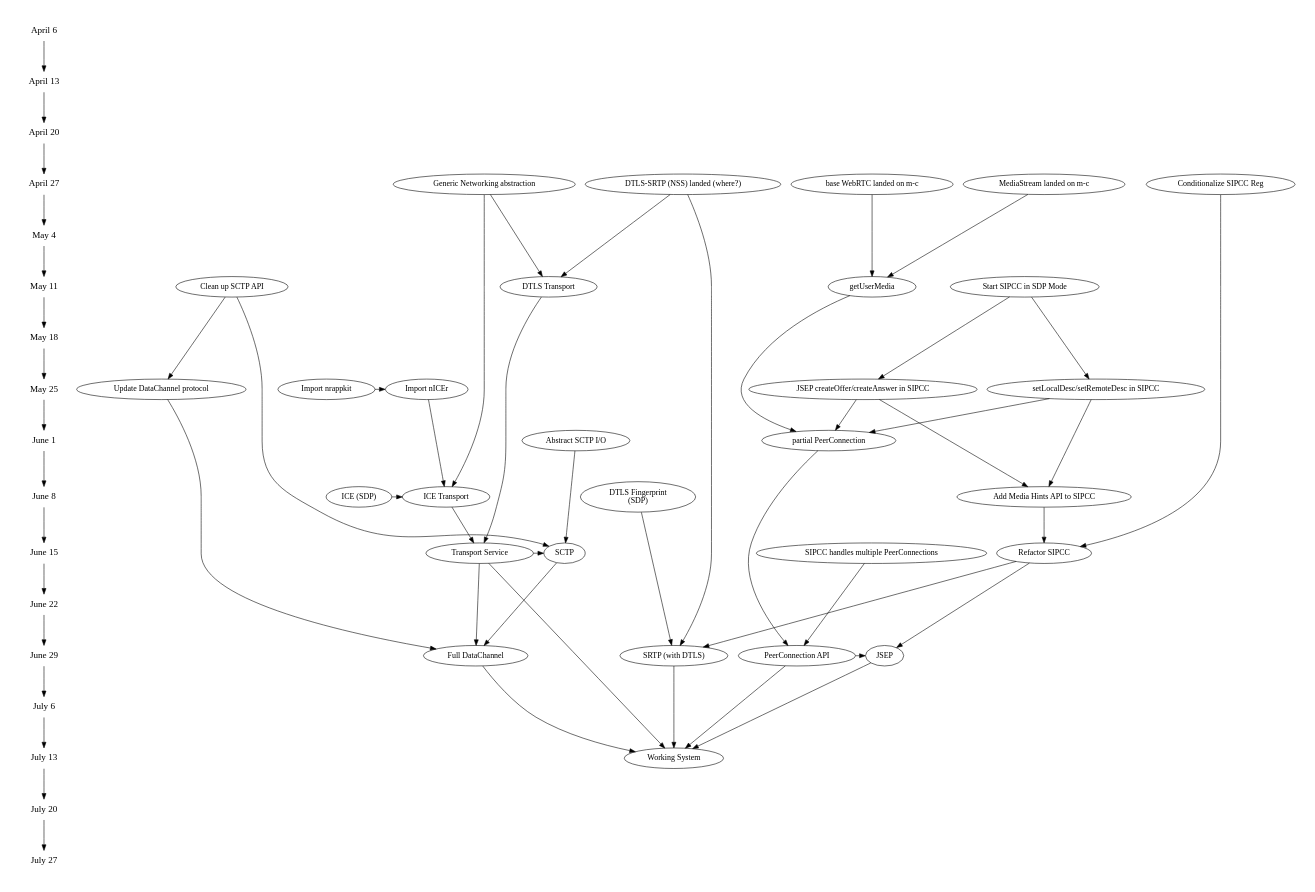
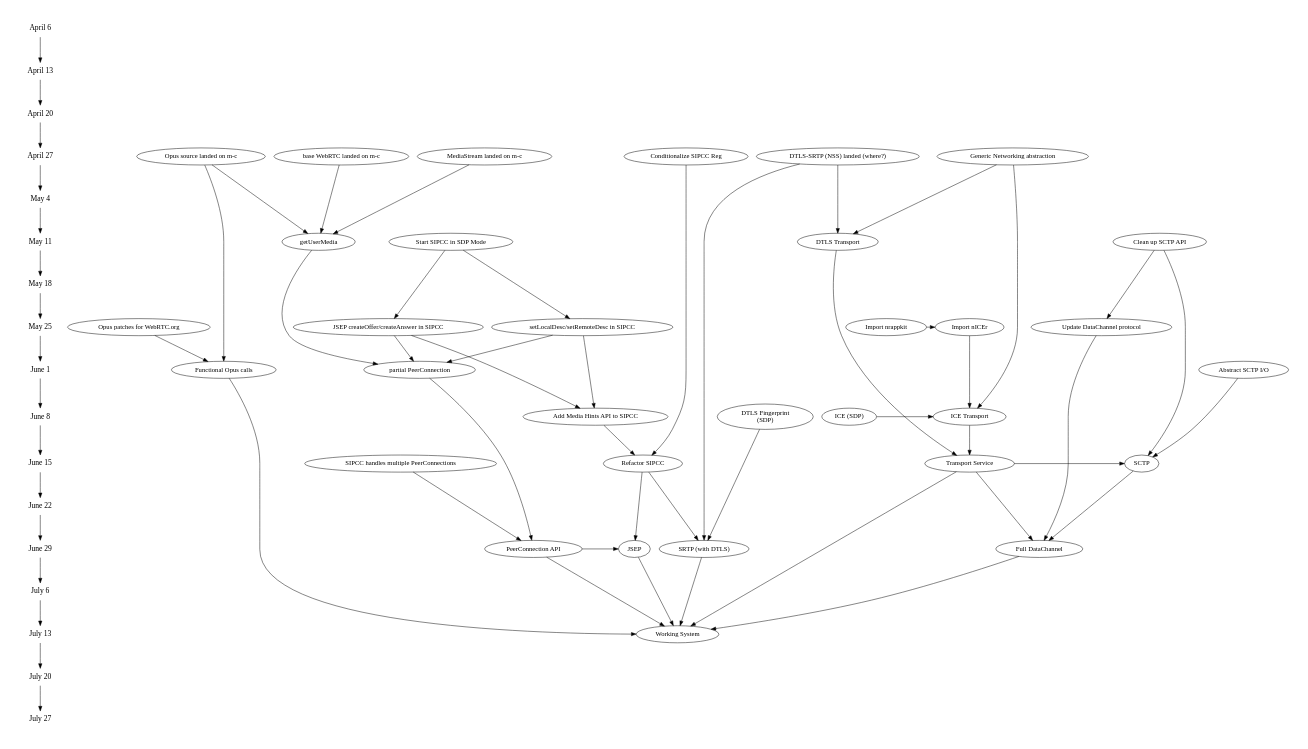
The diagram in planning/webrtc.dot (mozilla/webrtc), drawn with Graphviz before and after one commit. The commit also changed 1 other file, not shown here.

Commit message:
Add some opus support milestones.
We plan to support only G711 (uncompressed ulaw) and Opus
audio codecs. There's currently no Opus support in the
webrtc toolchain.

These can be clarified later; Maire just asked me to get
them on the planning graph so we can better track them.

```diff
--- a/planning/webrtc.dot
+++ b/planning/webrtc.dot
@@ -1,98 +1,106 @@
 digraph G {
 ranksep=.75; size = "7.5,7.5";
 {
 node [shape=plaintext, fontsize=16]; /* the time-line graph */ 
      "April 6" -> "April 13"-> "April 20"-> "April 27"-> "May 4"-> "May 11"-> "May 18"-> "May 25"-> "June 1"-> "June 8"-> "June 15"-> "June 22"-> "June 29"-> "July 6"-> "July 13"-> "July 20"-> "July 27"
 }
 
 	{rank = same; "April 27";
 	   webrtc [label = "base WebRTC landed on m-c"];
 	   mediastream [label = "MediaStream landed on m-c"];
 	   genericio [label = "Generic Networking abstraction"]
 	   dtlssrtp [label = "DTLS-SRTP (NSS) landed (where?)"]
 	   sipccnoreg [ label = "Conditionalize SIPCC Reg"]
+	   opussrc [label = "Opus source landed on m-c"]
         }
 
 	{rank = same; "May 11";
 	   getusermedia [label = "getUserMedia"]
 	   dtlstransport [label = "DTLS Transport" ];
 	   sctpupdate [label = "Clean up SCTP API"];
 	   sipccsdp [ label = "Start SIPCC in SDP Mode"];
 	}
 	dtlssrtp -> dtlstransport
 	genericio -> dtlstransport
+	opussrc -> getusermedia
 	
 	{rank = same; "May 25";
 	   nicer [label = "Import nICEr"];
 	   nrappkit [label = "Import nrappkit"];
            sipccjsep [ label = "JSEP createOffer/createAnswer in SIPCC"];
 	   sipccsetdesc [ label = "setLocalDesc/setRemoteDesc in SIPCC"];
 	   datachannelupdate [label = "Update DataChannel protocol"];
+	   opuswebrtc [label = "Opus patches for WebRTC.org"];
         }	   	   
 	nrappkit -> nicer
         sipccsdp -> sipccjsep
         sipccsdp->sipccsetdesc
 
 	{rank = same; "June 1";
 	   peerconnection_first [label = "partial PeerConnection"];
 	   sctpio [ label = "Abstract SCTP I/O"]
+	   opus [ label = "Functional Opus calls"];
         }
 	sipccjsep -> peerconnection_first
 	sipccsetdesc -> peerconnection_first
 	getusermedia -> peerconnection_first
+	opussrc -> opus
+	opuswebrtc -> opus
 
 	{rank = same; "June 8";
 	   icetransport [ label = "ICE Transport"];
 	   dtlsfingerprint [ label = "DTLS Fingerprint\n(SDP)"];
 	   iceparams [label = "ICE (SDP)"];
            sipccmediahints [ label = "Add Media Hints API to SIPCC"];
 	}
 
 	nicer -> icetransport
         sipccjsep -> sipccmediahints
         sipccsetdesc -> sipccmediahints
 	genericio -> icetransport
 	iceparams -> icetransport
 
 	{rank = same; "June 15";
 	   transport [label = "Transport Service"];
 	   sctp [label = "SCTP"];
 	   sipccrefactor [label = "Refactor SIPCC"];
            sipccmultipeerconn [label = "SIPCC handles multiple PeerConnections"]
 	 } 
 	 sipccnoreg -> sipccrefactor
 	 sipccmediahints -> sipccrefactor
 	 sipccrefactor -> "JSEP"
 	 dtlstransport -> transport
 	 icetransport -> transport
 
         {rank = same; "June 29"; 
 	   peerconnection [label = "PeerConnection API"]; JSEP;
 	   datachannel [label = "Full DataChannel"];
 	   srtp [label = "SRTP (with DTLS)"] }
         dtlsfingerprint -> srtp
 	dtlssrtp -> srtp
 	sipccrefactor -> srtp
         sipccmultipeerconn -> peerconnection
 
         {rank = same; "July 13"; 
 	   working [ label = "Working System" ] }
 	
         mediastream->getusermedia
 	webrtc->getusermedia
 	
 	transport -> working
 	transport -> datachannel
 	peerconnection_first -> peerconnection
 	peerconnection -> working
 	peerconnection -> "JSEP"
 	"JSEP" -> working
 	sctpio-> sctp
 	sctpupdate -> sctp
 	sctpupdate -> datachannelupdate
 	datachannelupdate -> datachannel
 	sctp -> datachannel
 	transport ->sctp
 	datachannel -> working
 	srtp -> working
+
+	opus -> working
 }
```
